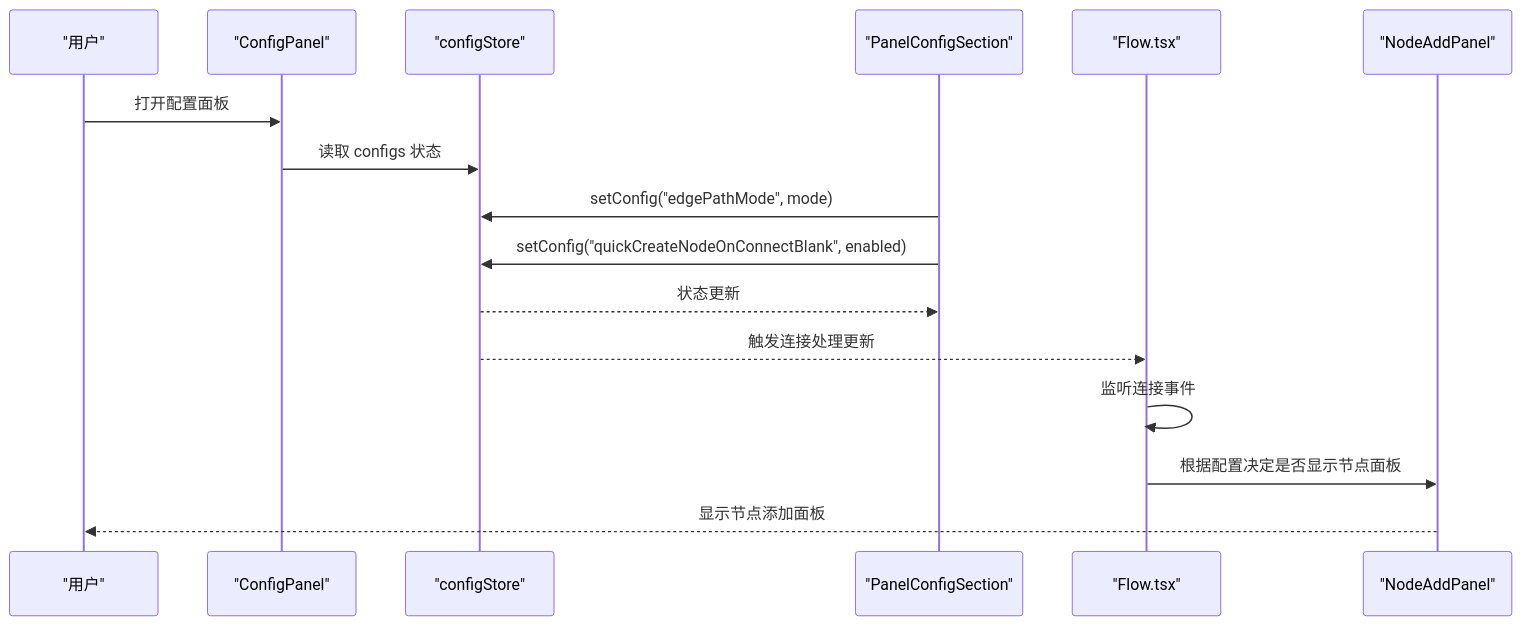
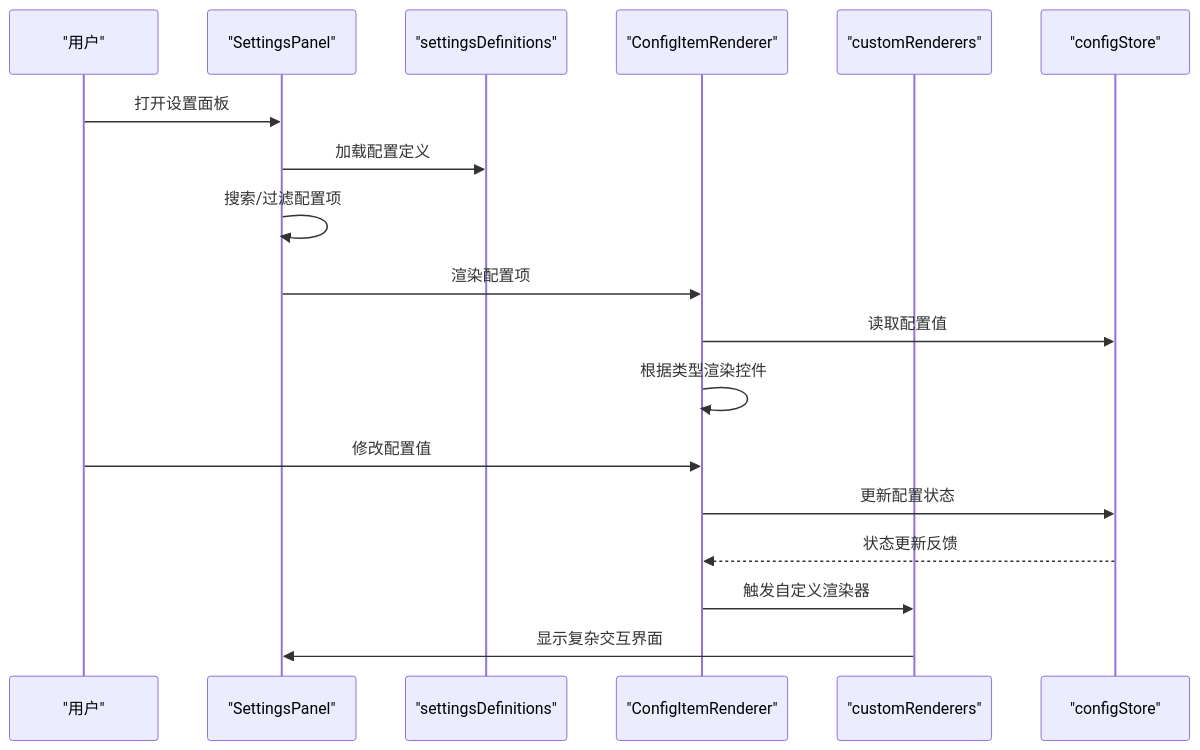
The second of 3 diagrams in .qoder/repowiki/zh/content/用户界面/面板系统/配置面板/配置面板.md (kqcoxn/MaaPipelineEditor), drawn with Mermaid before and after one commit. The commit also changed other lines of this file and 50 other files, not shown here.

````diff
--- a/.qoder/repowiki/zh/content/用户界面/面板系统/配置面板/配置面板.md
+++ b/.qoder/repowiki/zh/content/用户界面/面板系统/配置面板/配置面板.md
@@ -145,18 +124,20 @@
 ```mermaid
 sequenceDiagram
 participant U as "用户"
-participant CP as "ConfigPanel"
+participant SP as "SettingsPanel"
+participant SD as "settingsDefinitions"
+participant CIR as "ConfigItemRenderer"
+participant CR as "customRenderers"
 participant CS as "configStore"
-participant PC as "PanelConfigSection"
-participant FLOW as "Flow.tsx"
-participant NAP as "NodeAddPanel"
-U->>CP : 打开配置面板
-CP->>CS : 读取 configs 状态
-PC->>CS : setConfig("edgePathMode", mode)
-PC->>CS : setConfig("quickCreateNodeOnConnectBlank", enabled)
-CS-->>PC : 状态更新
-CS-->>FLOW : 触发连接处理更新
-FLOW->>FLOW : 监听连接事件
-FLOW->>NAP : 根据配置决定是否显示节点面板
-NAP-->>U : 显示节点添加面板
+U->>SP : 打开设置面板
+SP->>SD : 加载配置定义
+SP->>SP : 搜索/过滤配置项
+SP->>CIR : 渲染配置项
+CIR->>CS : 读取配置值
+CIR->>CIR : 根据类型渲染控件
+U->>CIR : 修改配置值
+CIR->>CS : 更新配置状态
+CS-->>CIR : 状态更新反馈
+CIR->>CR : 触发自定义渲染器
+CR->>SP : 显示复杂交互界面
 ```
````
